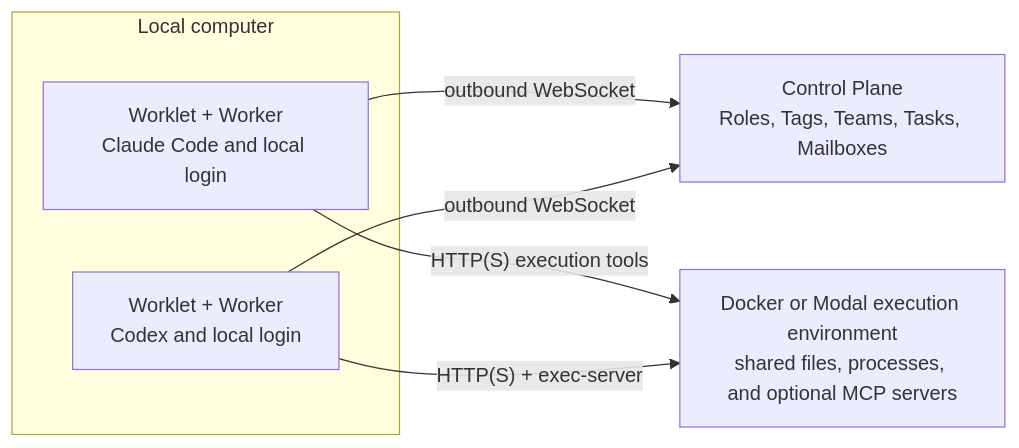
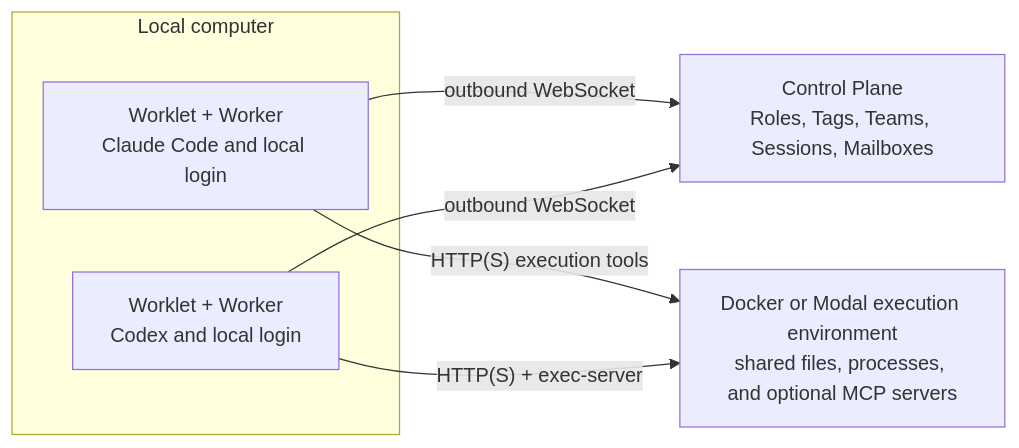
Before and after one commit to atemaguer/supertag: the diagram in examples/shared-organization/README.md, drawn with Mermaid. The commit also changed other lines of this file and 182 other files, not shown here.

First line of the commit message:
Test Objectives, Mailboxes and Workstreams as Sessions

````diff
--- a/examples/shared-organization/README.md
+++ b/examples/shared-organization/README.md
@@ -15,13 +17,13 @@
 ```mermaid
 flowchart LR
-    CP["Control Plane<br/>Roles, Tags, Teams, Tasks, Mailboxes"]
+    CP["Control Plane<br/>Roles, Tags, Teams, Sessions, Mailboxes"]
     subgraph Laptop["Local computer"]
       Claude["Worklet + Worker<br/>Claude Code and local login"]
       Codex["Worklet + Worker<br/>Codex and local login"]
     end
     Shared["Docker or Modal execution environment<br/>shared files, processes, and optional MCP servers"]
     Claude -->|"outbound WebSocket"| CP
     Codex -->|"outbound WebSocket"| CP
     Claude -->|"HTTP(S) execution tools"| Shared
     Codex -->|"HTTP(S) + exec-server"| Shared
 ```
````
